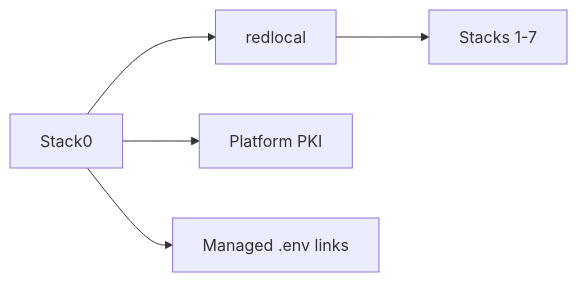
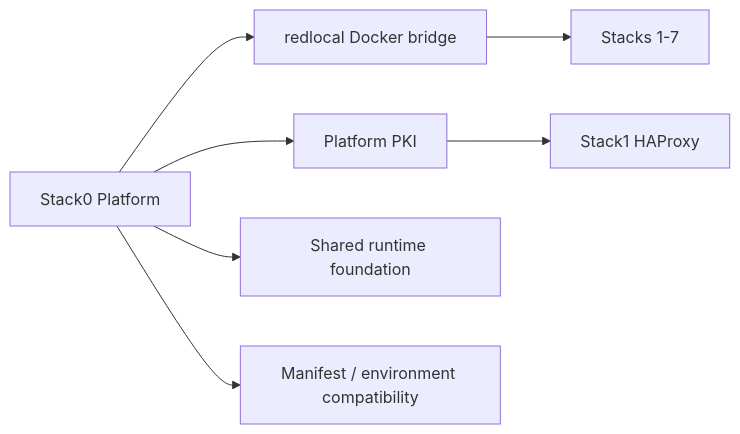
One commit to ea1het/local_hybrid_ai changed the diagram in stack0_-_platform/README.md. Above: the diagram before and after it, drawn with Mermaid. The commit also changed other lines of this file, not shown here.

Commit message:
docs: expand Stack0 architecture links

````diff
--- a/stack0_-_platform/README.md
+++ b/stack0_-_platform/README.md
@@ -5,7 +7,9 @@
 ```mermaid
 flowchart LR
-    S0[Stack0] --> Network[redlocal]
-    S0 --> PKI[Platform PKI]
-    S0 --> Env[Managed .env links]
-    Network --> Apps[Stacks 1-7]
+    Stack0[Stack0 Platform] --> Network[redlocal Docker bridge]
+    Stack0 --> PKI[Platform PKI]
+    Stack0 --> Runtime[Shared runtime foundation]
+    Stack0 --> Manifest[Manifest / environment compatibility]
+    Network --> Consumers[Stacks 1-7]
+    PKI --> Ingress[Stack1 HAProxy]
 ```
````
